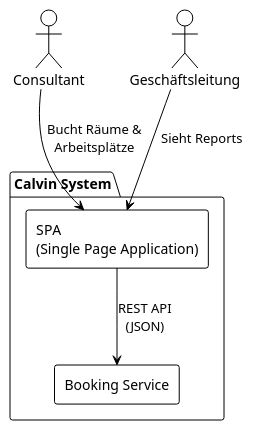
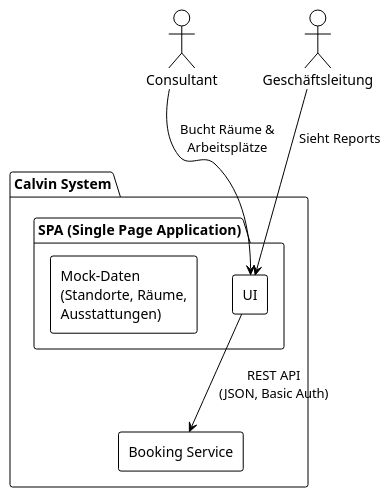
One commit to ase-training-zhr-jun-pub/ase-zhr-pub-2-649fd06f changed the second of 2 diagrams in docs/arc42/arc42.md. Above: the diagram before and after it, drawn with PlantUML. The commit also changed other lines of this file and 4 other files, not shown here.

````diff
--- a/docs/arc42/arc42.md
+++ b/docs/arc42/arc42.md
@@ -67,20 +67,23 @@
 ```plantuml
 @startuml
 !theme plain
 skinparam componentStyle rectangle
 skinparam backgroundColor white
 
 actor "Consultant" as consultant
 actor "Geschäftsleitung" as gl
 
 package "Calvin System" {
-    component "SPA\n(Single Page Application)" as spa
+    package "SPA (Single Page Application)" as spa {
+        component "UI" as ui
+        component "Mock-Daten\n(Standorte, Räume,\nAusstattungen)" as mock
+    }
     component "Booking Service" as booking
 }
 
-consultant --> spa : Bucht Räume &\nArbeitsplätze
-gl --> spa : Sieht Reports
-spa --> booking : REST API\n(JSON)
+consultant --> ui : Bucht Räume &\nArbeitsplätze
+gl --> ui : Sieht Reports
+ui --> booking : REST API\n(JSON, Basic Auth)
 
 @enduml
 ```
````
